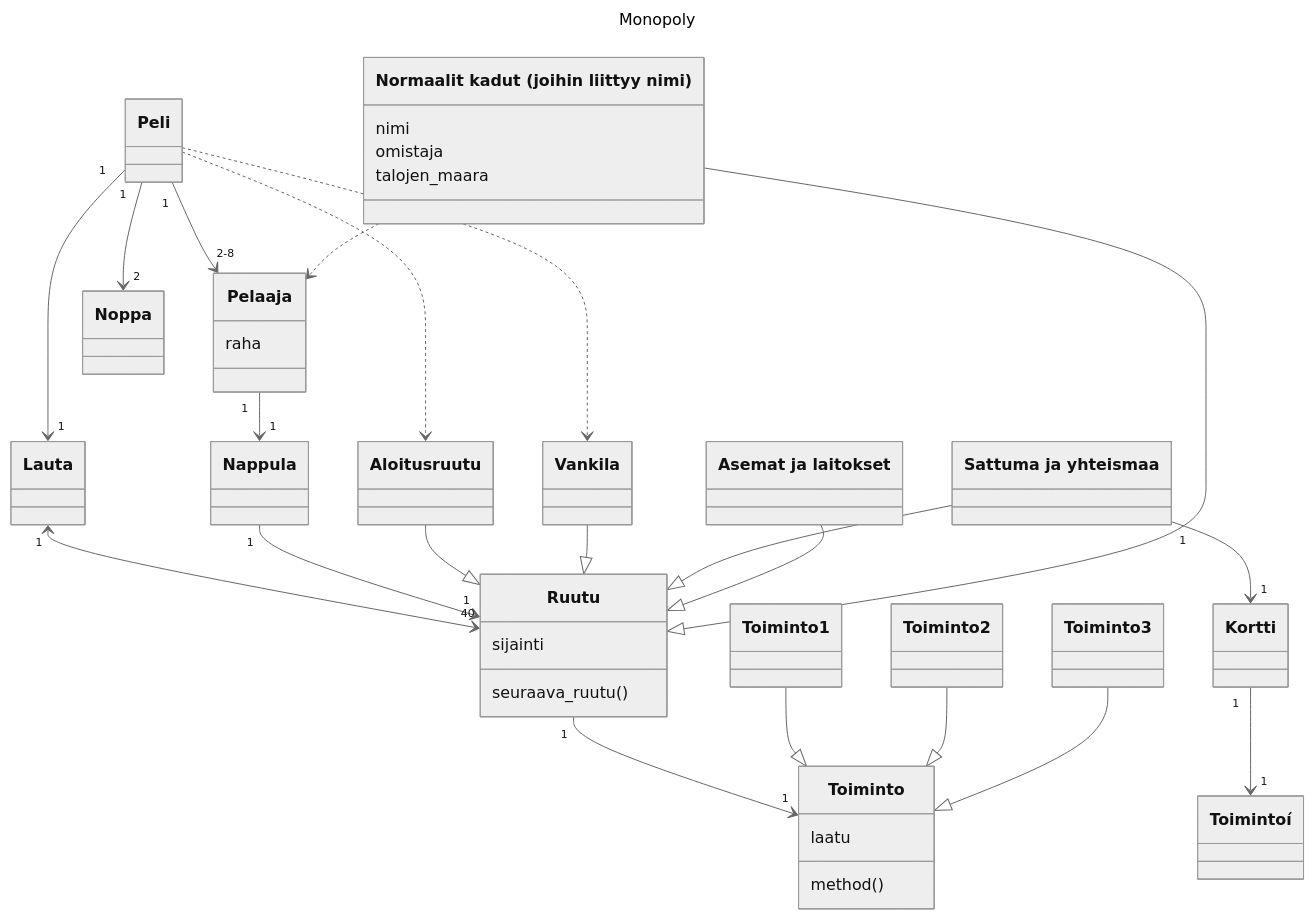
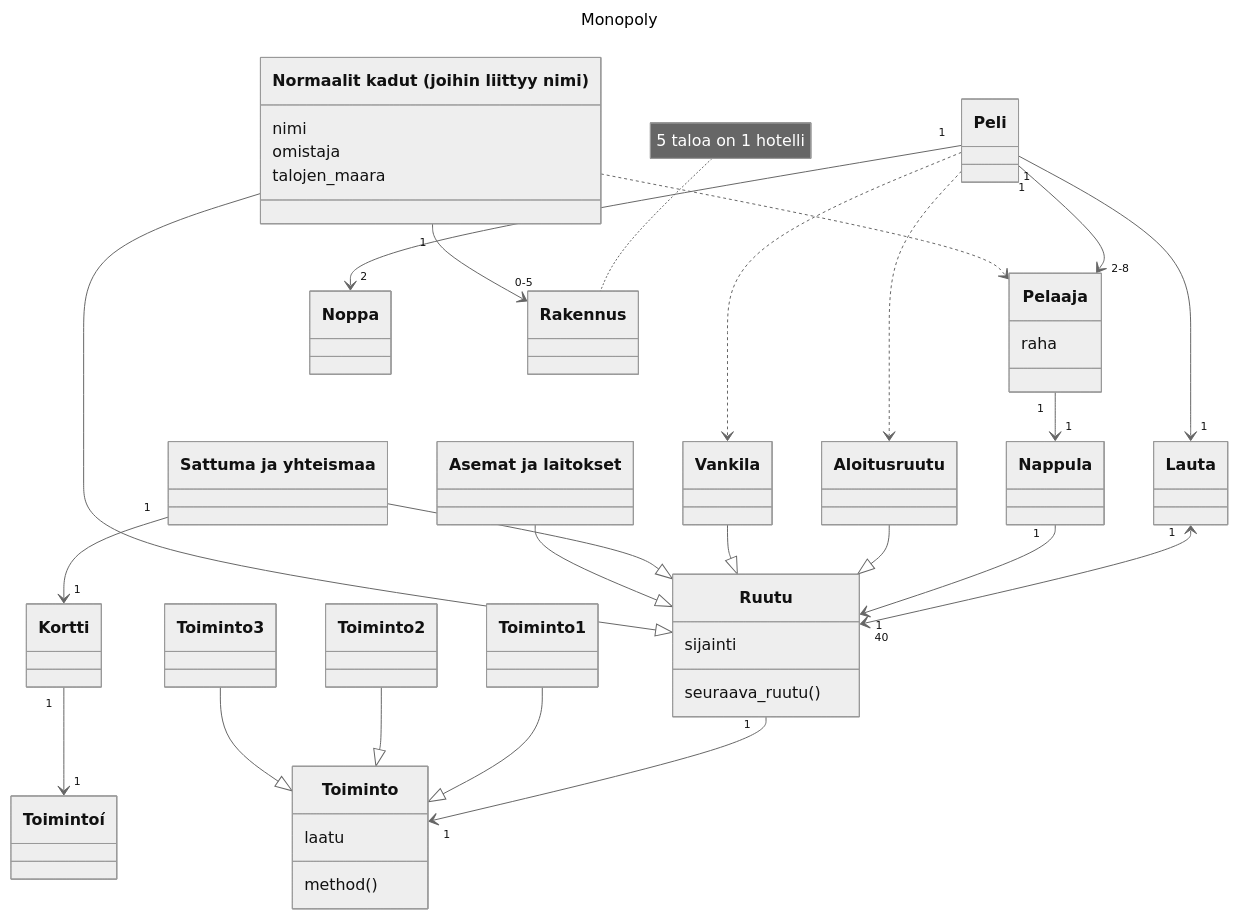
The diagram in laskarit/viikko3/monopoly.md (tomjtoth/ot-harjoitustyo), drawn with Mermaid (neutral theme) before and after one commit.

````diff
--- a/laskarit/viikko3/monopoly.md
+++ b/laskarit/viikko3/monopoly.md
@@ -1,57 +1,57 @@
 ```mermaid
 ---
 title: Monopoly
 ---
 classDiagram
     Peli "1" --> "2-8" Pelaaja
     Peli "1" --> "2" Noppa
     Peli "1" --> "1" Lauta
     Lauta "1" <--> "40" Ruutu
     Pelaaja "1" --> "1" Nappula
     Nappula "1" --> "1" Ruutu
     Ruutu "1" --> "1" Toiminto
     class Ruutu {
         seuraava_ruutu()
         sijainti
     }
     class Toiminto {
         laatu
         method()
     }
     class Pelaaja {
         raha
     }
     
     Aloitusruutu --|> Ruutu
     Vankila --|> Ruutu
     id1 --|> Ruutu
     id2 --|> Ruutu
     id3 --|> Ruutu
     
     class id1["Sattuma ja yhteismaa"]
     class id2["Asemat ja laitokset"]
     class id3["Normaalit kadut (joihin liittyy nimi)"] {
         nimi
         omistaja
         talojen_maara
 
     }
-
-    notes for id3 lalala
+    id3 "1" --> "0-5" Rakennus
+    note for Rakennus "5 taloa on 1 hotelli"
 
     id3 ..> Pelaaja
 
     %% Monopolipelin täytyy tuntea sekä aloitusruudun että vankilan sijainti.
     Peli ..> Vankila
     Peli ..> Aloitusruutu
     
     %% Sattuma- ja yhteismaaruutuihin liittyy kortteja, joihin kuhunkin liittyy joku toiminto.
     id1 "1" --> "1" Kortti
     Kortti "1" --> "1" Toimintoí
     
     Toiminto1 --|> Toiminto
     Toiminto2 --|> Toiminto
     Toiminto3 --|> Toiminto
 
      
 ```
````
